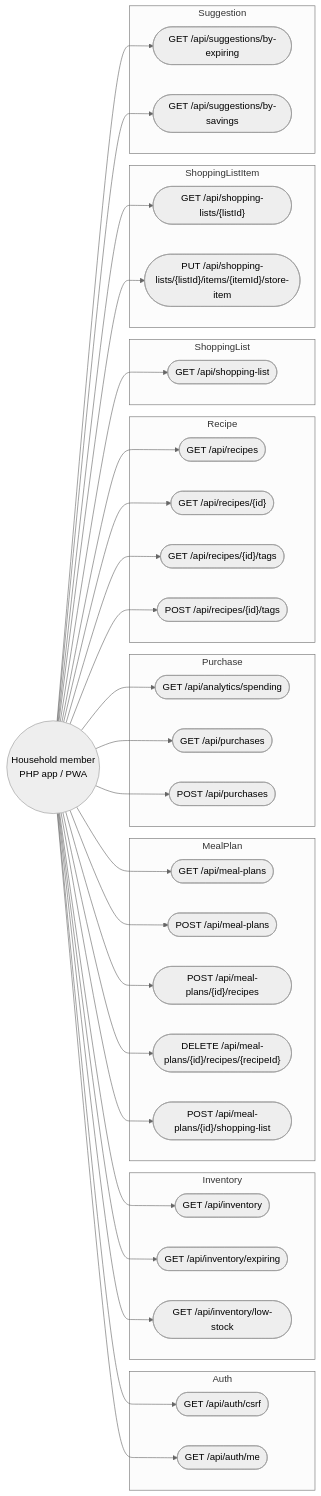
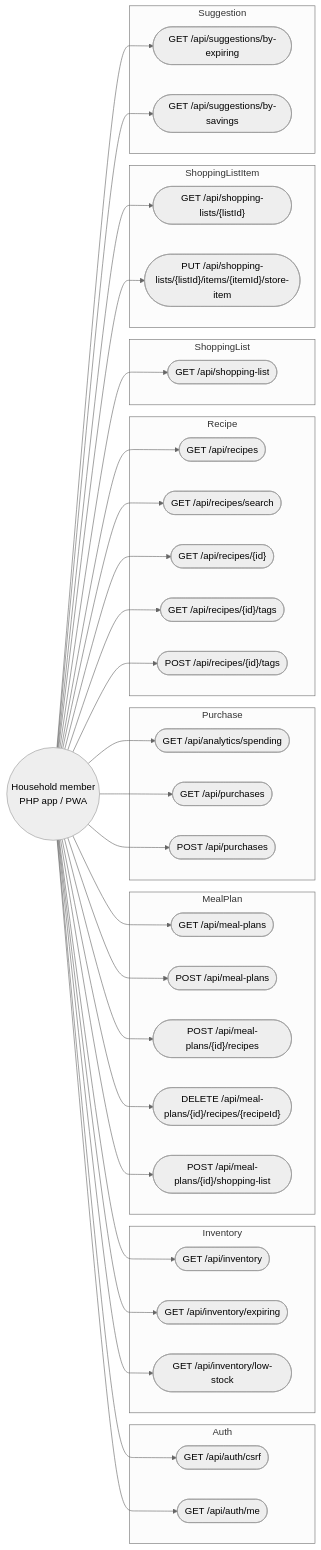
The first of 2 diagrams in docs/USE_CASES.md (Nate-ryan-7690/dahaem), drawn with Mermaid (neutral theme) before and after one commit. The commit also changed 14 other files, not shown here.

First line of the commit message:
Recipe search: move the paged search to /api/recipes/search

````diff
--- a/docs/USE_CASES.md
+++ b/docs/USE_CASES.md
@@ -9,64 +9,66 @@
 ```mermaid
 flowchart LR
     member(("Household member<br/>PHP app / PWA"))
     subgraph g_Auth["Auth"]
         u1(["GET /api/auth/csrf"])
         u2(["GET /api/auth/me"])
     end
     subgraph g_Inventory["Inventory"]
         u3(["GET /api/inventory"])
         u4(["GET /api/inventory/expiring"])
         u5(["GET /api/inventory/low-stock"])
     end
     subgraph g_MealPlan["MealPlan"]
         u6(["GET /api/meal-plans"])
         u7(["POST /api/meal-plans"])
         u8(["POST /api/meal-plans/{id}/recipes"])
         u9(["DELETE /api/meal-plans/{id}/recipes/{recipeId}"])
         u10(["POST /api/meal-plans/{id}/shopping-list"])
     end
     subgraph g_Purchase["Purchase"]
         u11(["GET /api/analytics/spending"])
         u12(["GET /api/purchases"])
         u13(["POST /api/purchases"])
     end
     subgraph g_Recipe["Recipe"]
         u14(["GET /api/recipes"])
-        u15(["GET /api/recipes/{id}"])
-        u16(["GET /api/recipes/{id}/tags"])
-        u17(["POST /api/recipes/{id}/tags"])
+        u15(["GET /api/recipes/search"])
+        u16(["GET /api/recipes/{id}"])
+        u17(["GET /api/recipes/{id}/tags"])
+        u18(["POST /api/recipes/{id}/tags"])
     end
     subgraph g_ShoppingList["ShoppingList"]
-        u18(["GET /api/shopping-list"])
+        u19(["GET /api/shopping-list"])
     end
     subgraph g_ShoppingListItem["ShoppingListItem"]
-        u19(["GET /api/shopping-lists/{listId}"])
-        u20(["PUT /api/shopping-lists/{listId}/items/{itemId}/store-item"])
+        u20(["GET /api/shopping-lists/{listId}"])
+        u21(["PUT /api/shopping-lists/{listId}/items/{itemId}/store-item"])
     end
     subgraph g_Suggestion["Suggestion"]
-        u21(["GET /api/suggestions/by-expiring"])
-        u22(["GET /api/suggestions/by-savings"])
+        u22(["GET /api/suggestions/by-expiring"])
+        u23(["GET /api/suggestions/by-savings"])
     end
     member --> u1
     member --> u2
     member --> u3
     member --> u4
     member --> u5
     member --> u6
     member --> u7
     member --> u8
     member --> u9
     member --> u10
     member --> u11
     member --> u12
     member --> u13
     member --> u14
     member --> u15
     member --> u16
     member --> u17
     member --> u18
     member --> u19
     member --> u20
     member --> u21
     member --> u22
+    member --> u23
 ```
````
